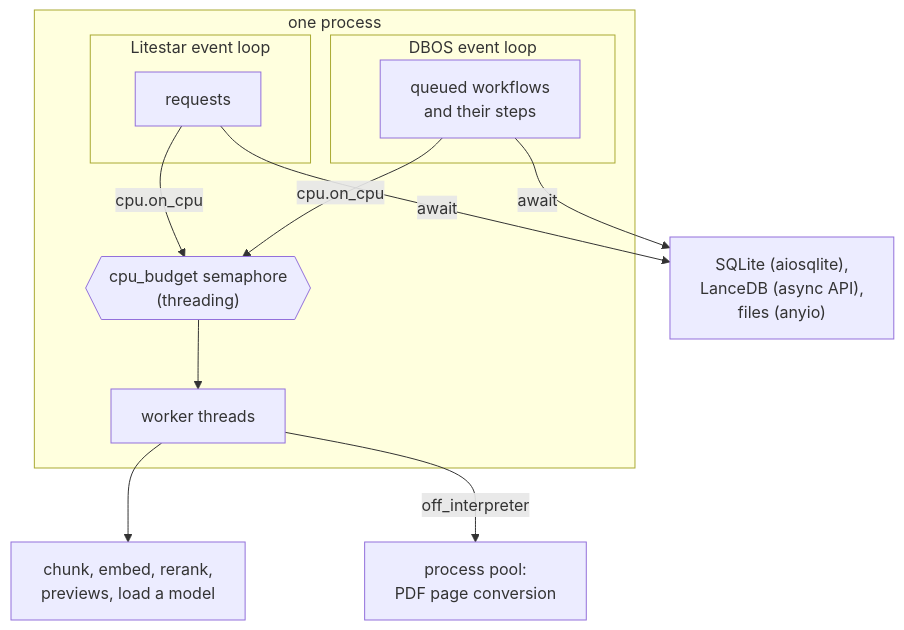
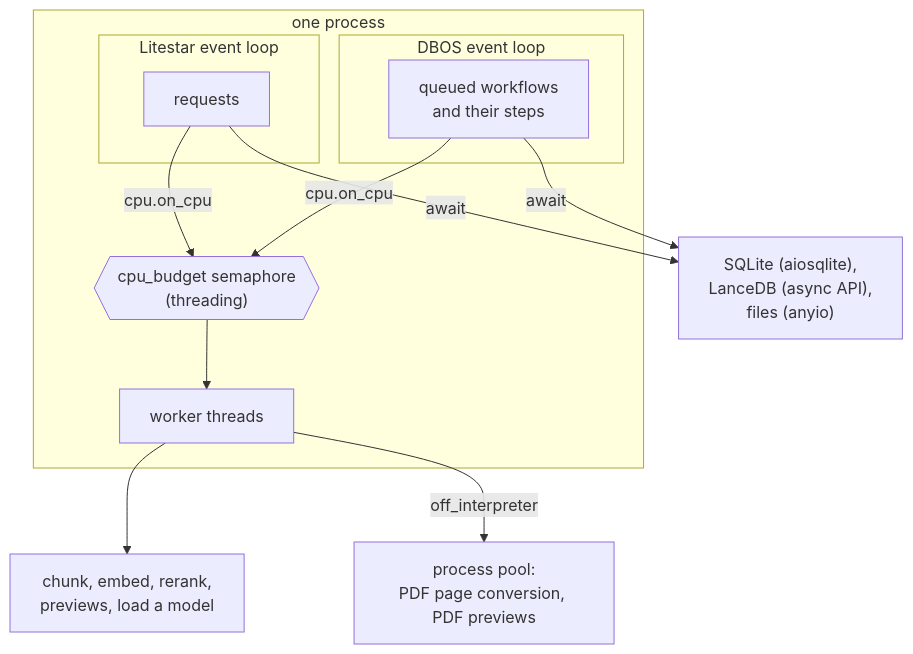
The diagram in docs/runtime.md (haskian/haskie), drawn with Mermaid before and after one commit. The commit also changed other lines of this file and 80 other files, not shown here.

````diff
--- a/docs/runtime.md
+++ b/docs/runtime.md
@@ -6,20 +6,20 @@
 ```mermaid
 flowchart TB
     subgraph process["one process"]
         subgraph litestar["Litestar event loop"]
             req["requests"]
         end
         subgraph dbos["DBOS event loop"]
             wf["queued workflows<br/>and their steps"]
         end
         pool["worker threads"]
         sem{{"cpu_budget semaphore<br/>(threading)"}}
     end
     req -- "await" --> io["SQLite (aiosqlite),<br/>LanceDB (async API),<br/>files (anyio)"]
     wf -- "await" --> io
     req -- "cpu.on_cpu" --> sem
     wf -- "cpu.on_cpu" --> sem
     sem --> pool
     pool --> cpu["chunk, embed, rerank,<br/>previews, load a model"]
-    pool -- "off_interpreter" --> procs["process pool:<br/>PDF page conversion"]
+    pool -- "off_interpreter" --> procs["process pool:<br/>PDF page conversion, PDF previews"]
 ```
````
